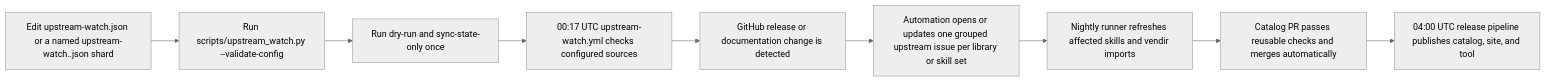
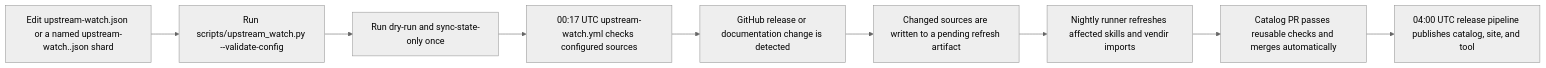
The third of 3 diagrams in README.md (jianyuyanyu/dotnet-skills), drawn with Mermaid (neutral theme) before and after one commit. The commit also changed other lines of this file and 13 other files, not shown here.

````diff
--- a/README.md
+++ b/README.md
@@ -334,11 +334,11 @@
 ```mermaid
 flowchart LR
   A["Edit upstream-watch.json or a named upstream-watch.<domain>.json shard"] --> B["Run scripts/upstream_watch.py --validate-config"]
   B --> C["Run dry-run and sync-state-only once"]
   C --> D["00:17 UTC upstream-watch.yml checks configured sources"]
   D --> E["GitHub release or documentation change is detected"]
-  E --> F["Automation opens or updates one grouped upstream issue per library or skill set"]
+  E --> F["Changed sources are written to a pending refresh artifact"]
   F --> G["Nightly runner refreshes affected skills and vendir imports"]
   G --> H["Catalog PR passes reusable checks and merges automatically"]
   H --> I["04:00 UTC release pipeline publishes catalog, site, and tool"]
 ```
````
